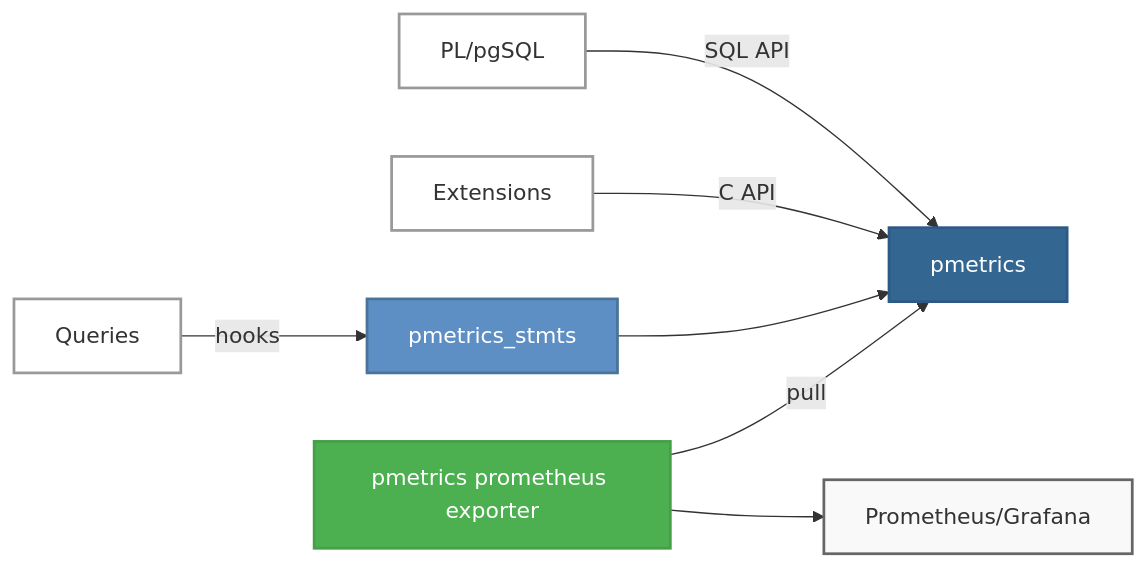
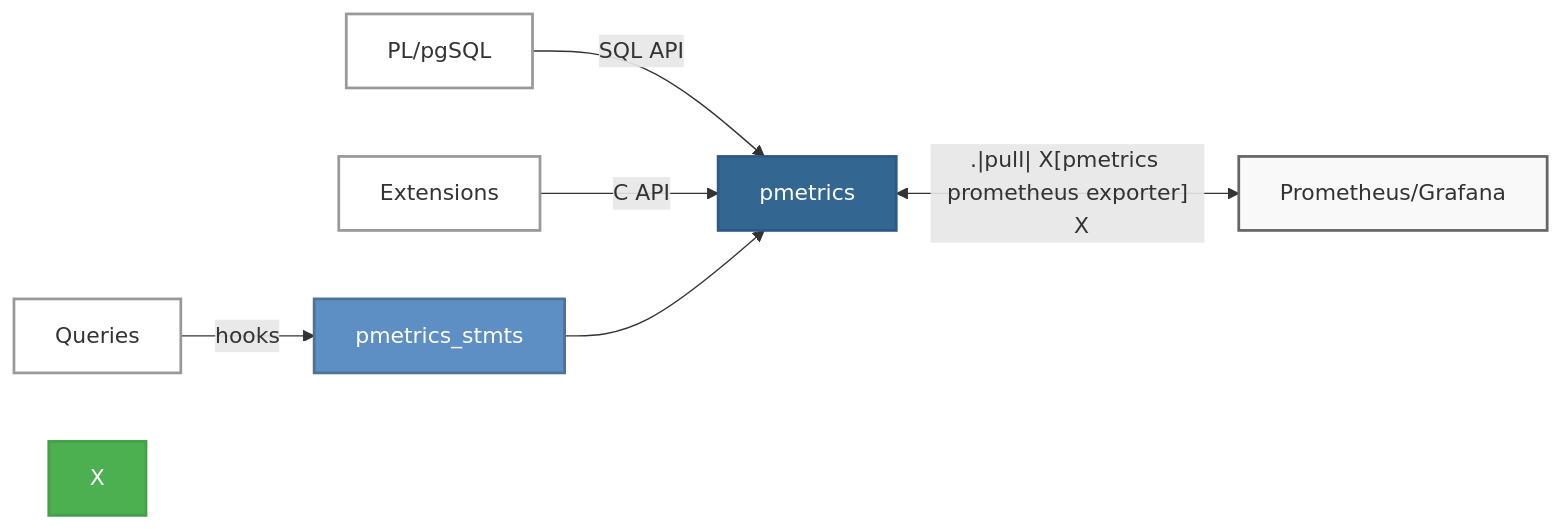
The diagram in README.md (v0idpwn-industries/pmetrics), drawn with Mermaid before and after one commit.

````diff
--- a/README.md
+++ b/README.md
@@ -5,22 +5,22 @@
 ```mermaid
 graph LR
     Q[Queries]
     P[PL/pgSQL]
     E[Extensions]
 
     Q -->|hooks| S[pmetrics_stmts]
     P -->|SQL API| C[pmetrics]
     E -->|C API| C
     S --> C
 
-    X[pmetrics prometheus exporter] -->|pull| C
+    C <--.|pull| X[pmetrics prometheus exporter]
     X --> M[Prometheus/Grafana]
 
     style C fill:#336791,stroke:#2c5985,stroke-width:2px,color:#fff
     style S fill:#5d8fc4,stroke:#4a7399,stroke-width:2px,color:#fff
     style X fill:#4CAF50,stroke:#45a049,stroke-width:2px,color:#fff
     style M fill:#f9f9f9,stroke:#666,stroke-width:2px,color:#333
     style Q fill:#fff,stroke:#999,stroke-width:2px,color:#333
     style P fill:#fff,stroke:#999,stroke-width:2px,color:#333
     style E fill:#fff,stroke:#999,stroke-width:2px,color:#333
 ```
````
